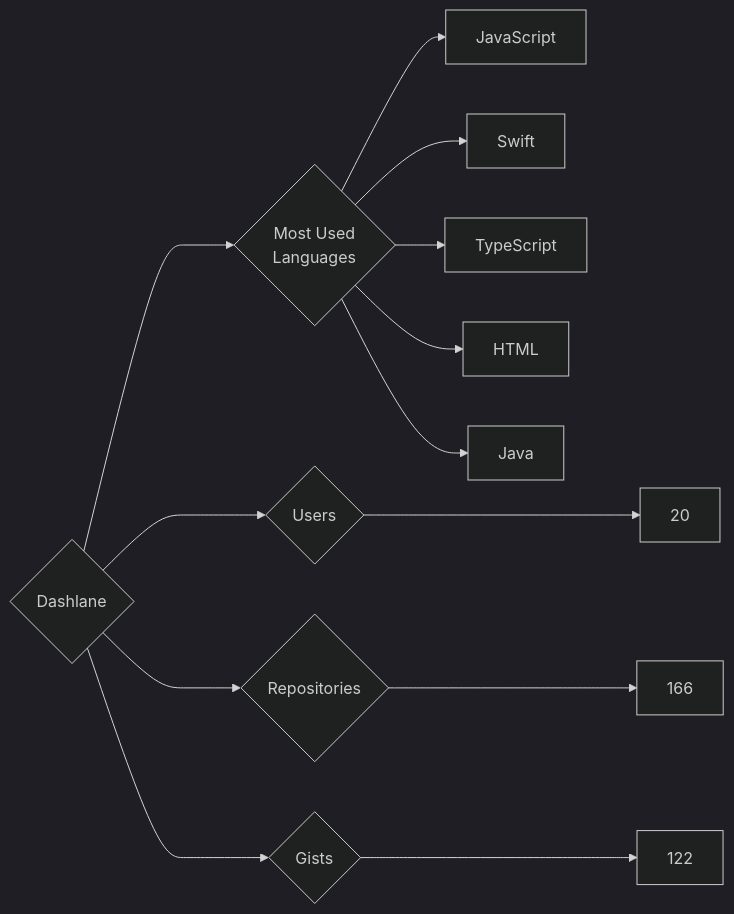
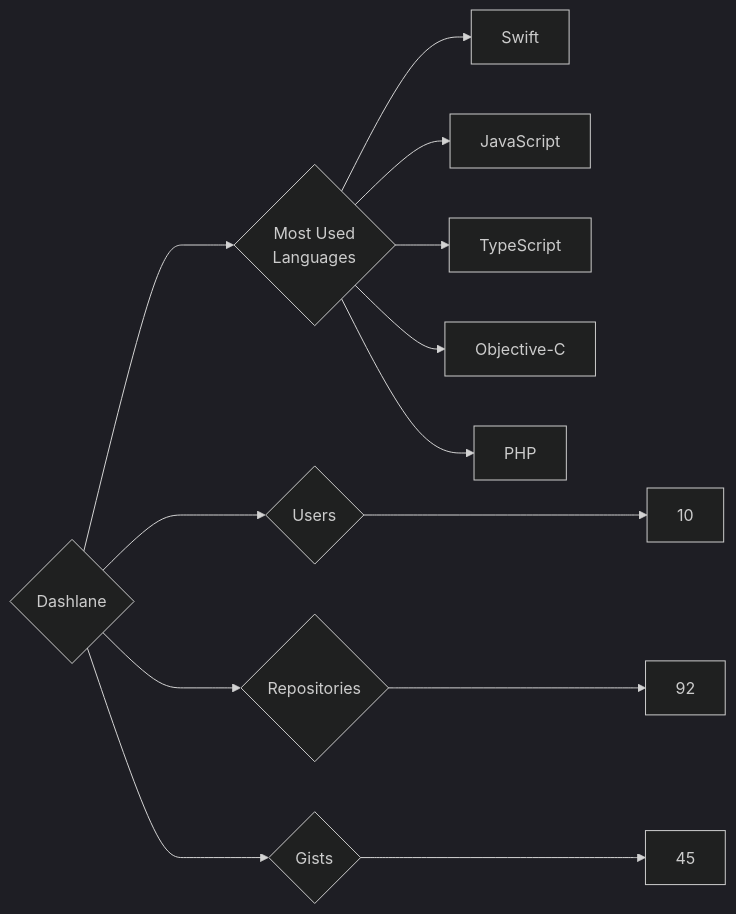
One commit to trickest/insiders changed the diagram in targets/Dashlane/README.md. Above: the diagram before and after it, drawn with Mermaid (dark theme). The commit also changed 721 other files, not shown here.

````diff
--- a/targets/Dashlane/README.md
+++ b/targets/Dashlane/README.md
@@ -3,13 +3,13 @@
 ```mermaid
 graph LR
 COMPANY_NAME{Dashlane}
-COMPANY_NAME ---> U{Users} ---> UN[20]
-COMPANY_NAME ---> R{Repositories} ---> RN[166]
-COMPANY_NAME ---> G{Gists} ---> GN[122]
+COMPANY_NAME ---> U{Users} ---> UN[10]
+COMPANY_NAME ---> R{Repositories} ---> RN[92]
+COMPANY_NAME ---> G{Gists} ---> GN[45]
 COMPANY_NAME ---> ML{Most Used<br>Languages}
+ML --> Swift[Swift]
 ML --> JavaScript[JavaScript]
-ML --> Swift[Swift]
 ML --> TypeScript[TypeScript]
-ML --> HTML[HTML]
-ML --> Java[Java]
+ML --> Objective-C[Objective-C]
+ML --> PHP[PHP]
 ```
````
